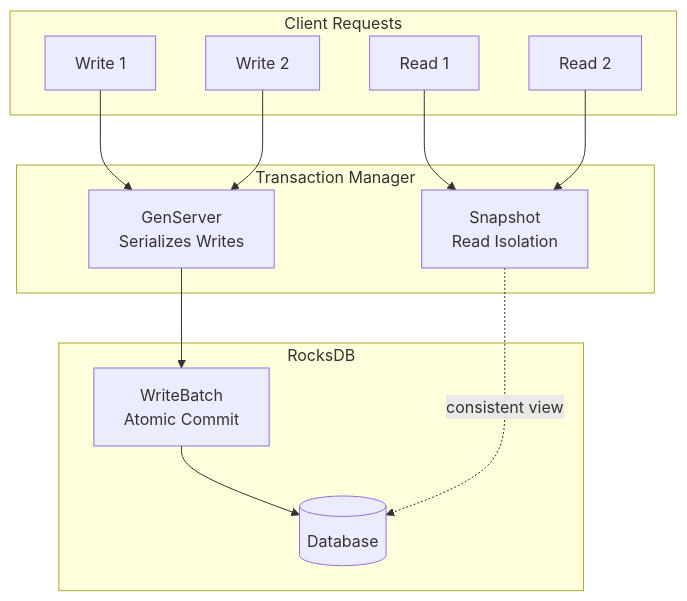
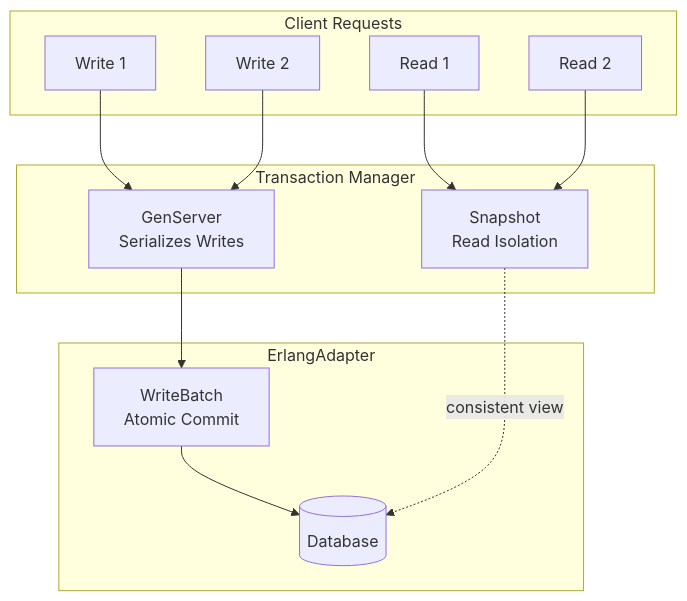
Before and after one commit to pcharbon70/triple_store: the fourth of 4 diagrams in guides/developer/01-storage-layer.md, drawn with Mermaid. The commit also changed other lines of this file and 2 other files, not shown here.

First line of the commit message:
Update developer guides for erlang-rocksdb architecture

````diff
--- a/guides/developer/01-storage-layer.md
+++ b/guides/developer/01-storage-layer.md
@@ -287,28 +359,28 @@
 ```mermaid
 graph TB
     subgraph "Client Requests"
         W1[Write 1]
         W2[Write 2]
         R1[Read 1]
         R2[Read 2]
     end
 
     subgraph "Transaction Manager"
         TXN[GenServer<br/>Serializes Writes]
         SNAP[Snapshot<br/>Read Isolation]
     end
 
-    subgraph "RocksDB"
+    subgraph "ErlangAdapter"
         WB[WriteBatch<br/>Atomic Commit]
         DB[(Database)]
     end
 
     W1 --> TXN
     W2 --> TXN
     TXN --> WB
     WB --> DB
 
     R1 --> SNAP
     R2 --> SNAP
     SNAP -.->|consistent view| DB
 ```
````
